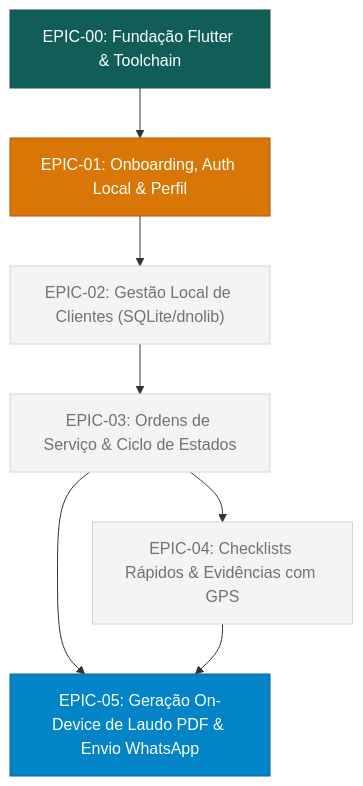
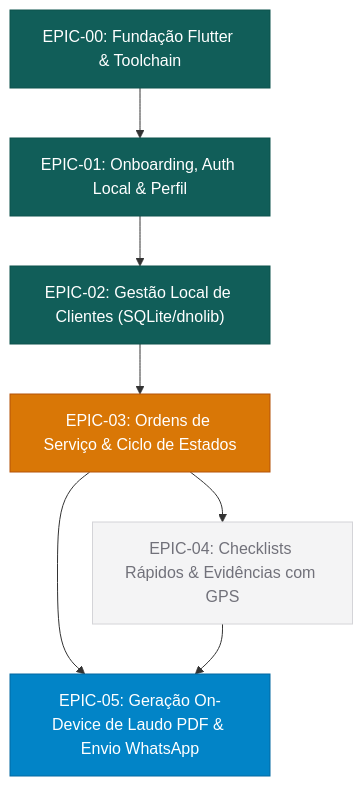
The diagram in docs/plan/README.md (DenersonNobre/ServiceTrack), drawn with Mermaid before and after one commit. The commit also changed other lines of this file, not shown here.

Commit message:
docs(plan): update README status for EPIC-02 completion and EPIC-03 readiness

````diff
--- a/docs/plan/README.md
+++ b/docs/plan/README.md
@@ -25,21 +25,21 @@
 ```mermaid
 graph TD
     classDef foundation fill:#115E59,stroke:#0D524D,color:#fff;
     classDef core fill:#0284C7,stroke:#0369A1,color:#fff;
     classDef ready fill:#D97706,stroke:#B45309,color:#fff;
     classDef blocked fill:#F4F4F5,stroke:#D4D4D8,color:#71717A;
 
     EPIC00["EPIC-00: Fundação Flutter & Toolchain"]:::foundation
-    EPIC01["EPIC-01: Onboarding, Auth Local & Perfil"]:::ready
-    EPIC02["EPIC-02: Gestão Local de Clientes (SQLite/dnolib)"]:::blocked
-    EPIC03["EPIC-03: Ordens de Serviço & Ciclo de Estados"]:::blocked
+    EPIC01["EPIC-01: Onboarding, Auth Local & Perfil"]:::foundation
+    EPIC02["EPIC-02: Gestão Local de Clientes (SQLite/dnolib)"]:::foundation
+    EPIC03["EPIC-03: Ordens de Serviço & Ciclo de Estados"]:::ready
     EPIC04["EPIC-04: Checklists Rápidos & Evidências com GPS"]:::blocked
     EPIC05["EPIC-05: Geração On-Device de Laudo PDF & Envio WhatsApp"]:::core
 
     EPIC00 --> EPIC01
     EPIC01 --> EPIC02
     EPIC02 --> EPIC03
     EPIC03 --> EPIC04
     EPIC03 --> EPIC05
     EPIC04 --> EPIC05
 ```
````
